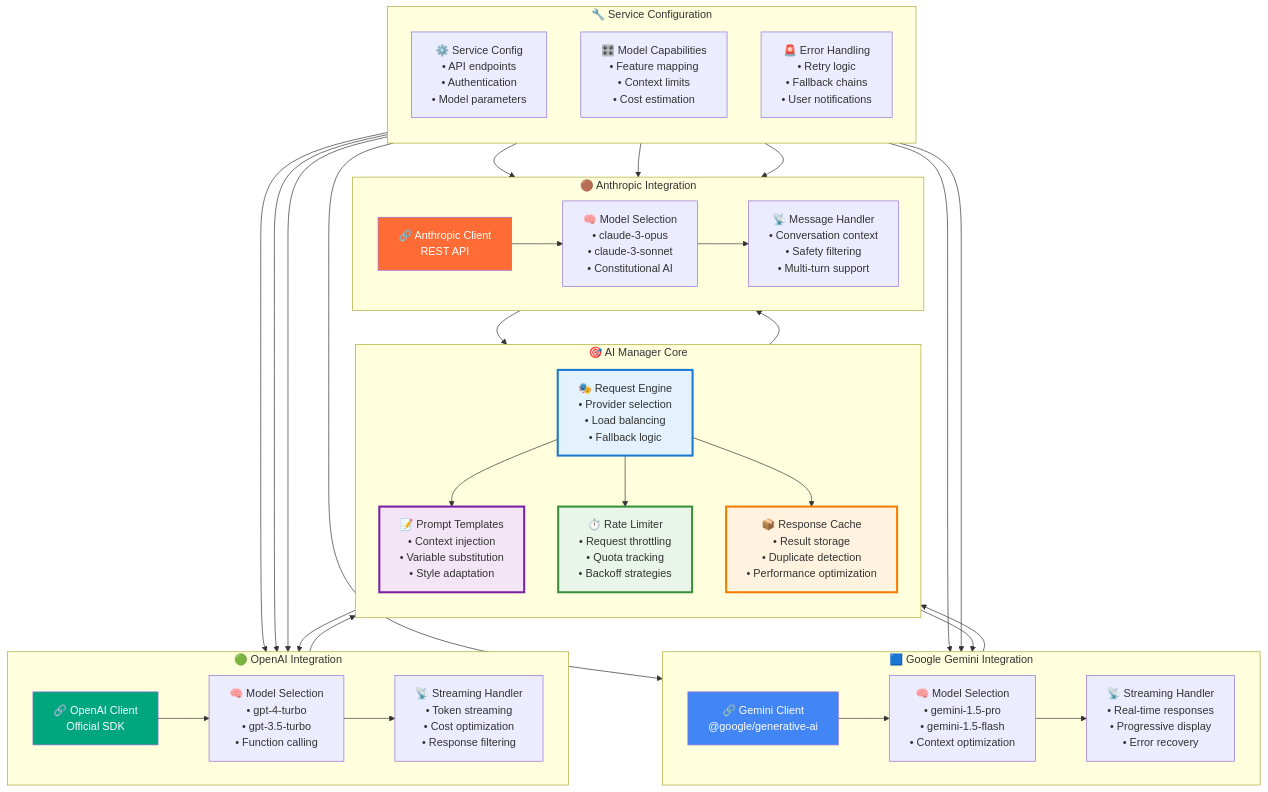
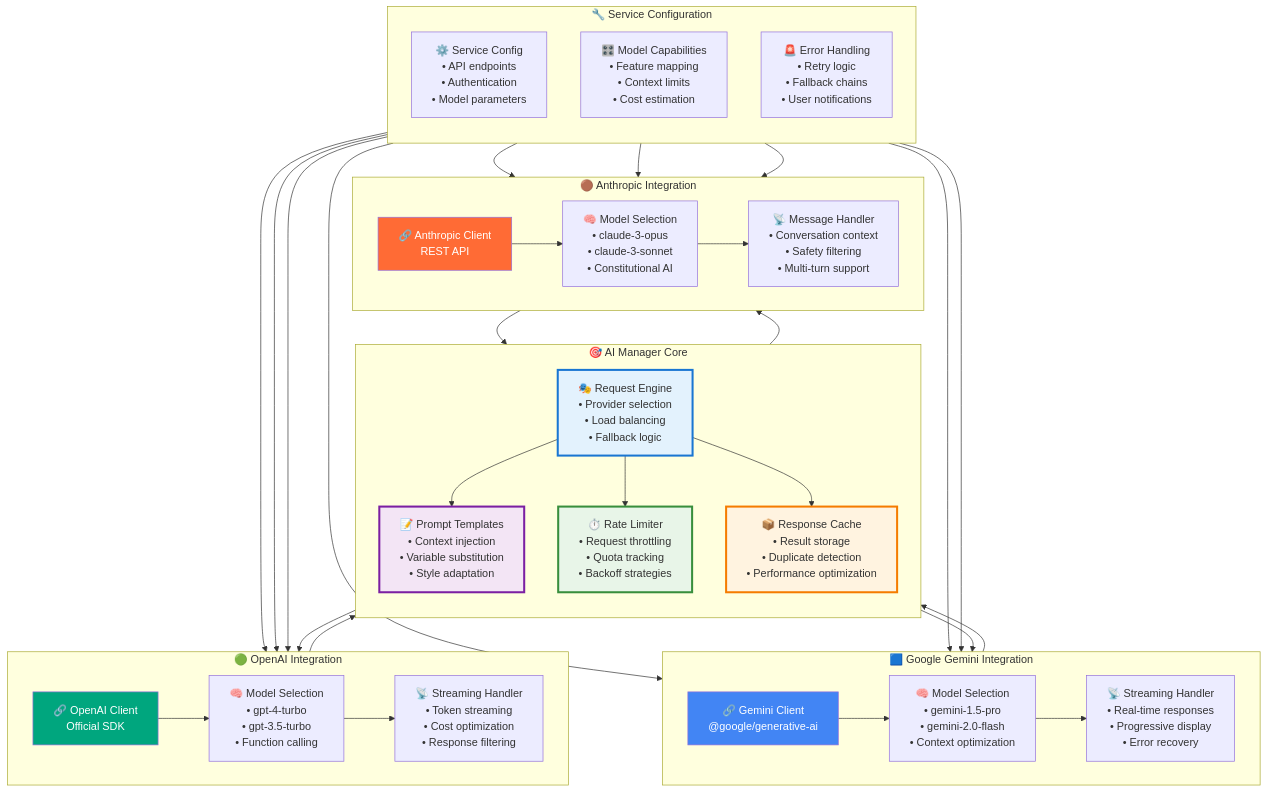
One commit to Life-Experimentalist/NovelSynth changed the fourth of 8 diagrams in wiki/Architecture-Comprehensive.md. Above: the diagram before and after it, drawn with Mermaid. The commit also changed 18 other files, not shown here.

First line of the commit message:
feat: Update Gemini model references and introduce new features

```diff
--- a/wiki/Architecture-Comprehensive.md
+++ b/wiki/Architecture-Comprehensive.md
@@ -325,7 +325,7 @@
     subgraph "🟦 Google Gemini Integration"
         direction LR
         GC[🔗 Gemini Client<br/>@google/generative-ai]
-        GM[🧠 Model Selection<br/>• gemini-1.5-pro<br/>• gemini-1.5-flash<br/>• Context optimization]
+        GM[🧠 Model Selection<br/>• gemini-1.5-pro<br/>• gemini-2.0-flash<br/>• Context optimization]
         GS[📡 Streaming Handler<br/>• Real-time responses<br/>• Progressive display<br/>• Error recovery]
     end
 
```
